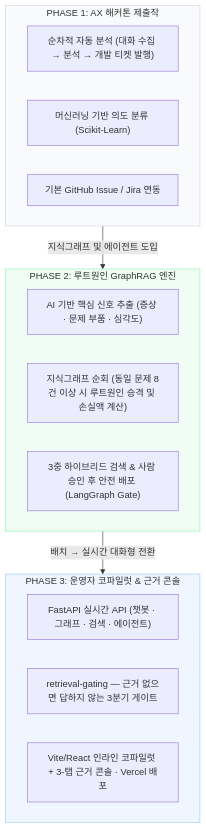
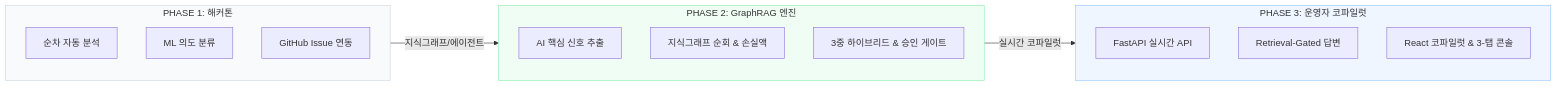
One commit to kanziman/channel-voc-demo changed the first of 4 diagrams in README.md. Above: the diagram before and after it, drawn with Mermaid.

Commit message:
docs(readme): convert section 1 mermaid diagram to compact horizontal layout

````diff
--- a/README.md
+++ b/README.md
@@ -30,28 +30,31 @@
 ```mermaid
-flowchart TD
-    subgraph Phase1 ["PHASE 1: AX 해커톤 제출작"]
-        P1_1["순차적 자동 분석 (대화 수집 → 분석 → 개발 티켓 발행)"]
-        P1_2["머신러닝 기반 의도 분류 (Scikit-Learn)"]
-        P1_3["기본 GitHub Issue / Jira 연동"]
+flowchart LR
+    subgraph Phase1 ["PHASE 1: 해커톤"]
+        direction TB
+        P1_1["순차 자동 분석"]
+        P1_2["ML 의도 분류"]
+        P1_3["GitHub Issue 연동"]
     end
 
-    Phase1 -->|"지식그래프 및 에이전트 도입"| Phase2
+    Phase1 -->|"지식그래프/에이전트"| Phase2
 
-    subgraph Phase2 ["PHASE 2: 루트원인 GraphRAG 엔진"]
-        P2_1["AI 기반 핵심 신호 추출 (증상 · 문제 부품 · 심각도)"]
-        P2_2["지식그래프 순회 (동일 문제 8건 이상 시 루트원인 승격 및 손실액 계산)"]
-        P2_3["3중 하이브리드 검색 & 사람 승인 후 안전 배포 (LangGraph Gate)"]
+    subgraph Phase2 ["PHASE 2: GraphRAG 엔진"]
+        direction TB
+        P2_1["AI 핵심 신호 추출"]
+        P2_2["지식그래프 순회 & 손실액"]
+        P2_3["3중 하이브리드 & 승인 게이트"]
     end
 
-    Phase2 -->|"배치 → 실시간 대화형 전환"| Phase3
+    Phase2 -->|"실시간 코파일럿"| Phase3
 
-    subgraph Phase3 ["PHASE 3: 운영자 코파일럿 & 근거 콘솔"]
-        P3_1["FastAPI 실시간 API (챗봇 · 그래프 · 검색 · 에이전트)"]
-        P3_2["retrieval-gating — 근거 없으면 답하지 않는 3분기 게이트"]
-        P3_3["Vite/React 인라인 코파일럿 + 3-탭 근거 콘솔 · Vercel 배포"]
+    subgraph Phase3 ["PHASE 3: 운영자 코파일럿"]
+        direction TB
+        P3_1["FastAPI 실시간 API"]
+        P3_2["Retrieval-Gated 답변"]
+        P3_3["React 코파일럿 & 3-탭 콘솔"]
     end
 
     style Phase1 fill:#f8fafc,stroke:#cbd5e1
     style Phase2 fill:#f0fdf4,stroke:#86efac
     style Phase3 fill:#eff6ff,stroke:#93c5fd
 ```
````
